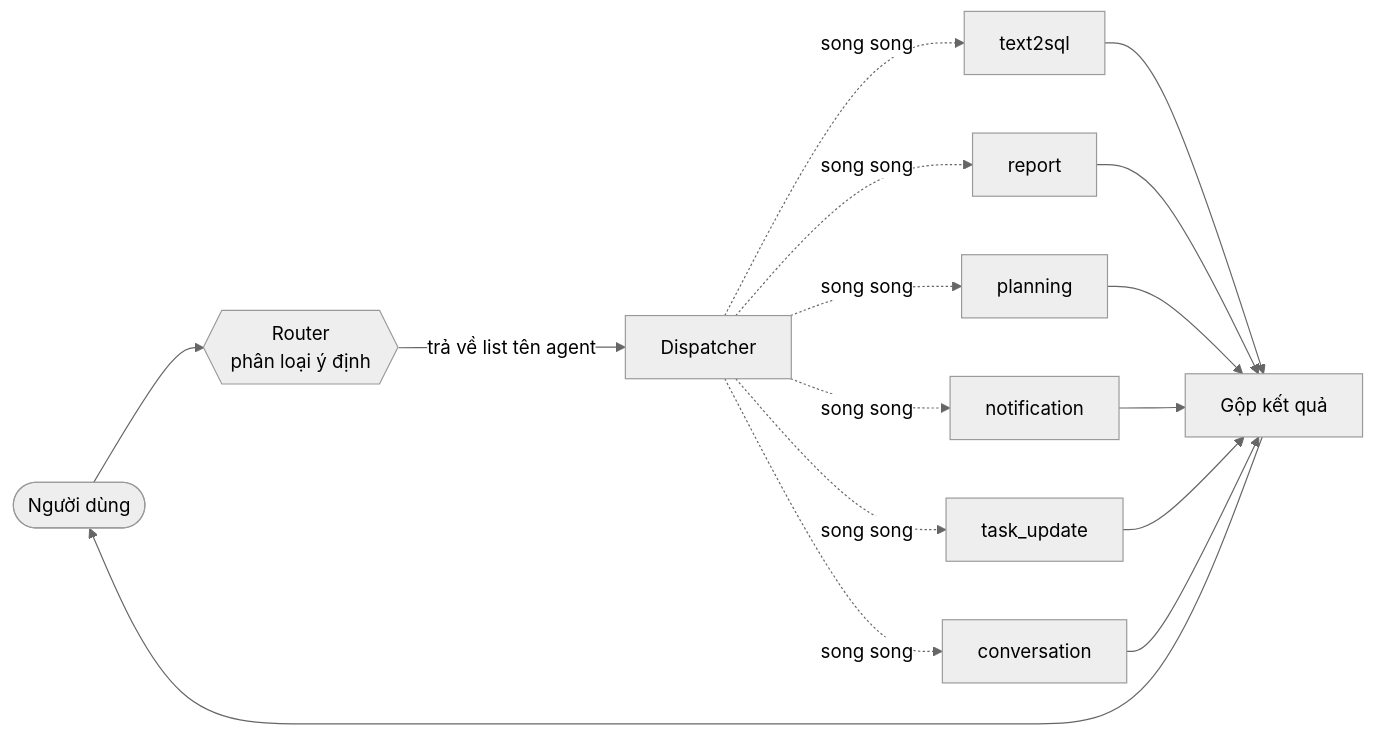
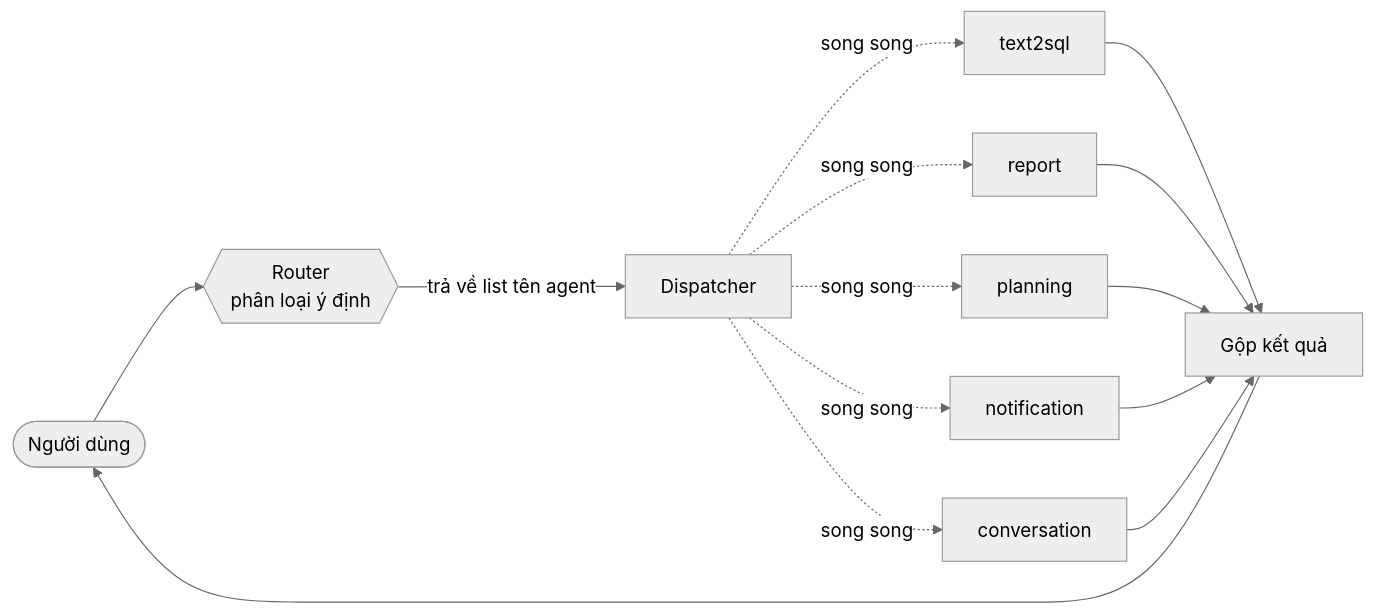
One commit to dangtrantanluc/agent-project-manager changed the first of 7 diagrams in README.md. Above: the diagram before and after it, drawn with Mermaid (neutral theme). The commit also changed other lines of this file and 17 other files, not shown here.

````diff
--- a/README.md
+++ b/README.md
@@ -24,13 +23,12 @@
 ```mermaid
 flowchart LR
     U([Người dùng]) --> R{{Router<br/>phân loại ý định}}
     R -->|trả về list tên agent| D[Dispatcher]
     D -.song song.-> A1[text2sql]
     D -.song song.-> A2[report]
     D -.song song.-> A3[planning]
     D -.song song.-> A4[notification]
-    D -.song song.-> A5[task_update]
-    D -.song song.-> A6[conversation]
-    A1 & A2 & A3 & A4 & A5 & A6 --> C[Gộp kết quả]
+    D -.song song.-> A5[conversation]
+    A1 & A2 & A3 & A4 & A5 --> C[Gộp kết quả]
     C --> U
 ```
````
